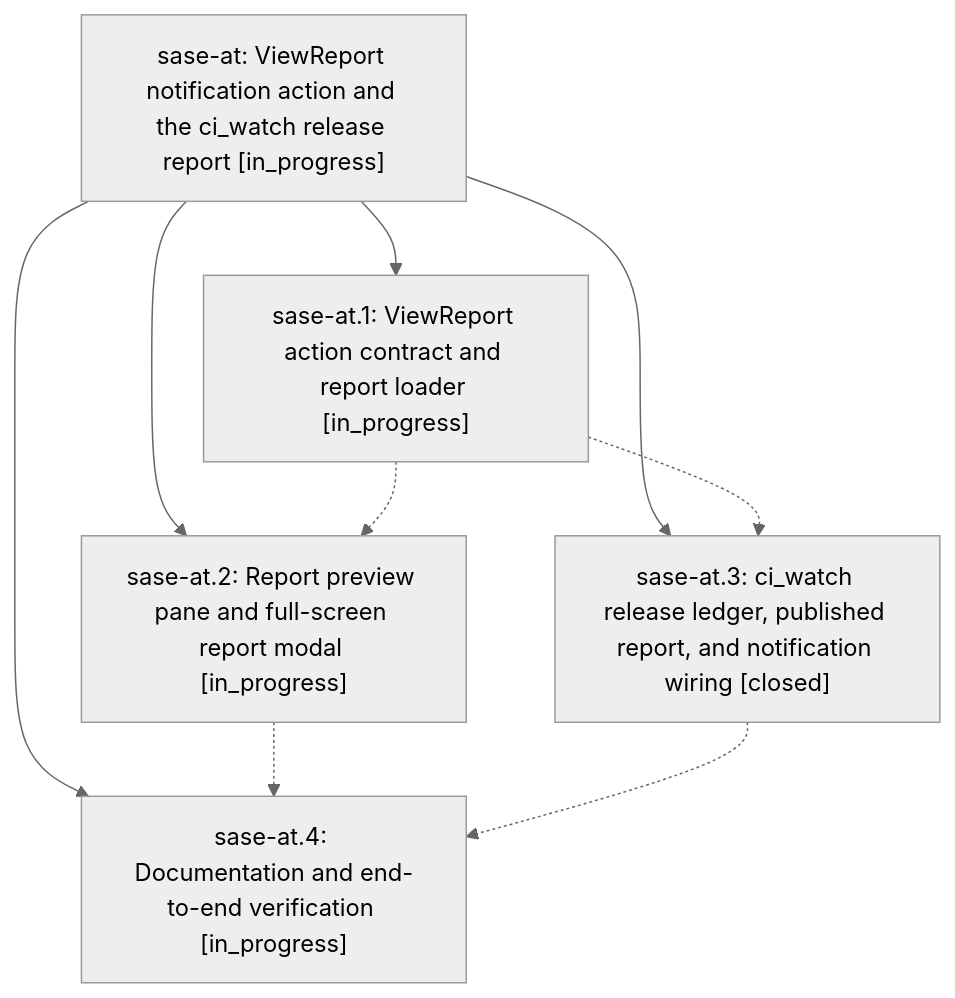
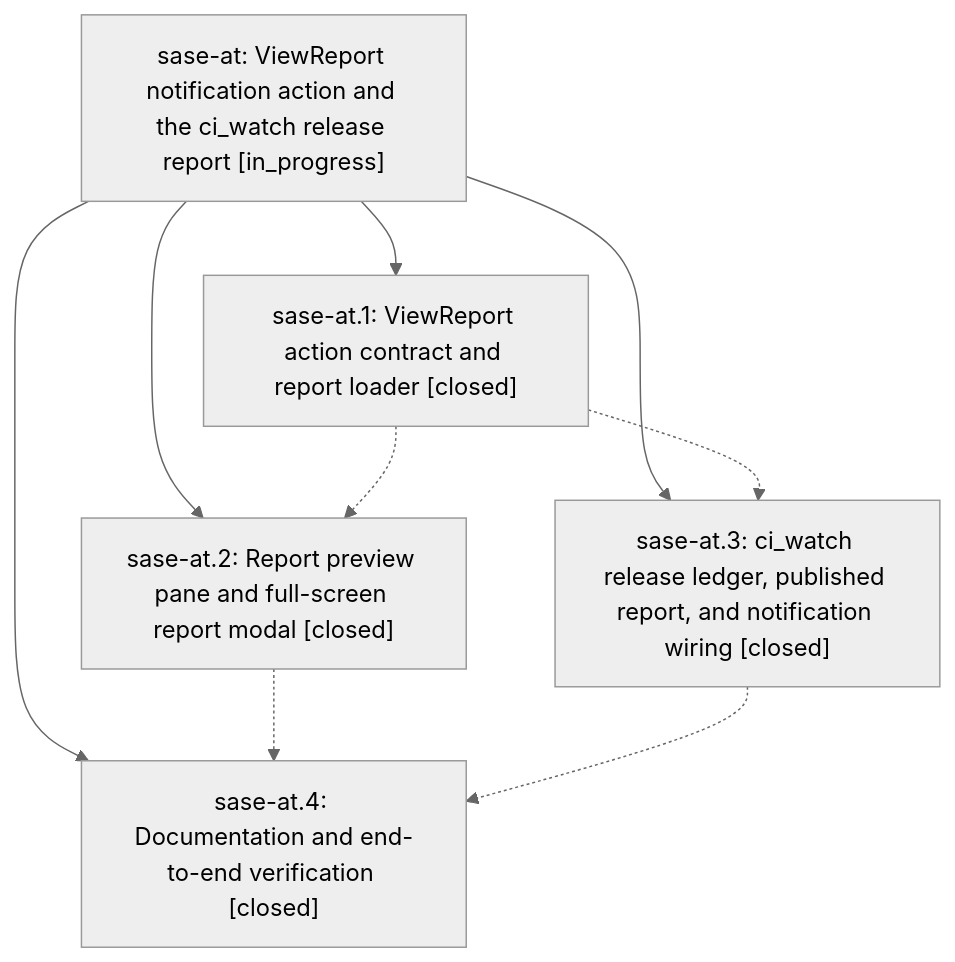
Before and after one commit to sase-org/sase--beads: the diagram in pages/sase-at/README.md, drawn with Mermaid (neutral theme). The commit also changed other lines of this file and 4 other files, not shown here.

````diff
--- a/pages/sase-at/README.md
+++ b/pages/sase-at/README.md
@@ -25,16 +25,16 @@
 ```mermaid
 flowchart TD
     n0["sase-at: ViewReport notification action and the ci_watch release report [in_progress]"]
-    n1["sase-at.1: ViewReport action contract and report loader [in_progress]"]
-    n2["sase-at.2: Report preview pane and full-screen report modal [in_progress]"]
+    n1["sase-at.1: ViewReport action contract and report loader [closed]"]
+    n2["sase-at.2: Report preview pane and full-screen report modal [closed]"]
     n3["sase-at.3: ci_watch release ledger, published report, and notification wiring [closed]"]
-    n4["sase-at.4: Documentation and end-to-end verification [in_progress]"]
+    n4["sase-at.4: Documentation and end-to-end verification [closed]"]
     n0 --> n1
     n0 --> n2
     n0 --> n3
     n0 --> n4
     n1 -.-> n2
     n1 -.-> n3
     n2 -.-> n4
     n3 -.-> n4
 ```
````
